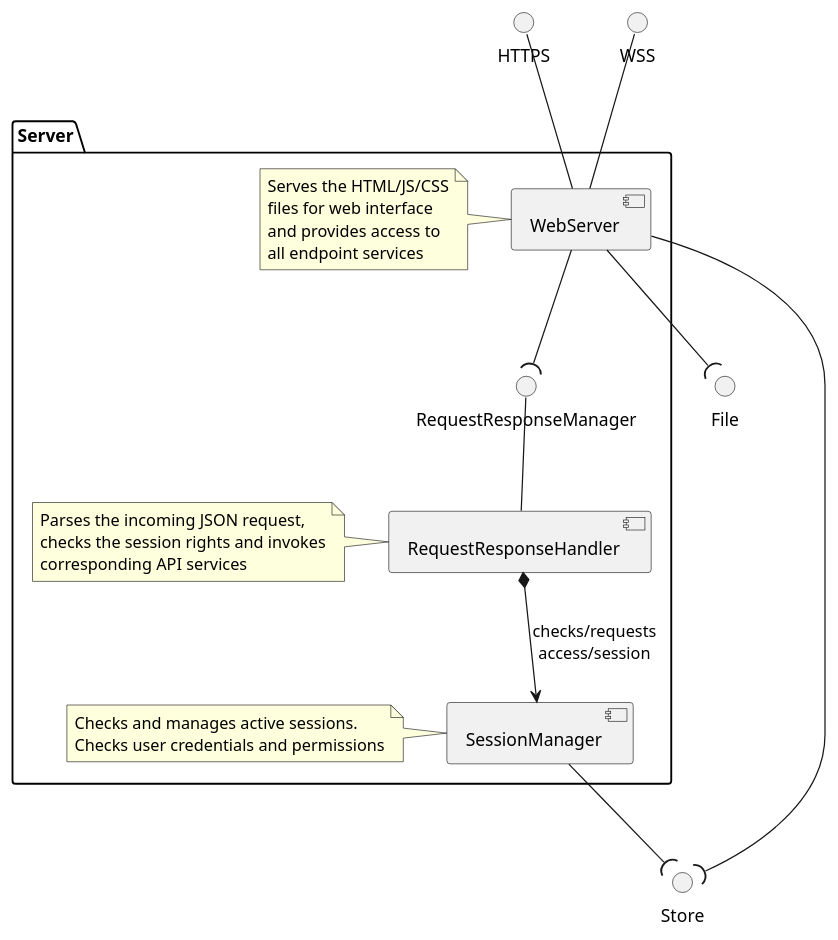
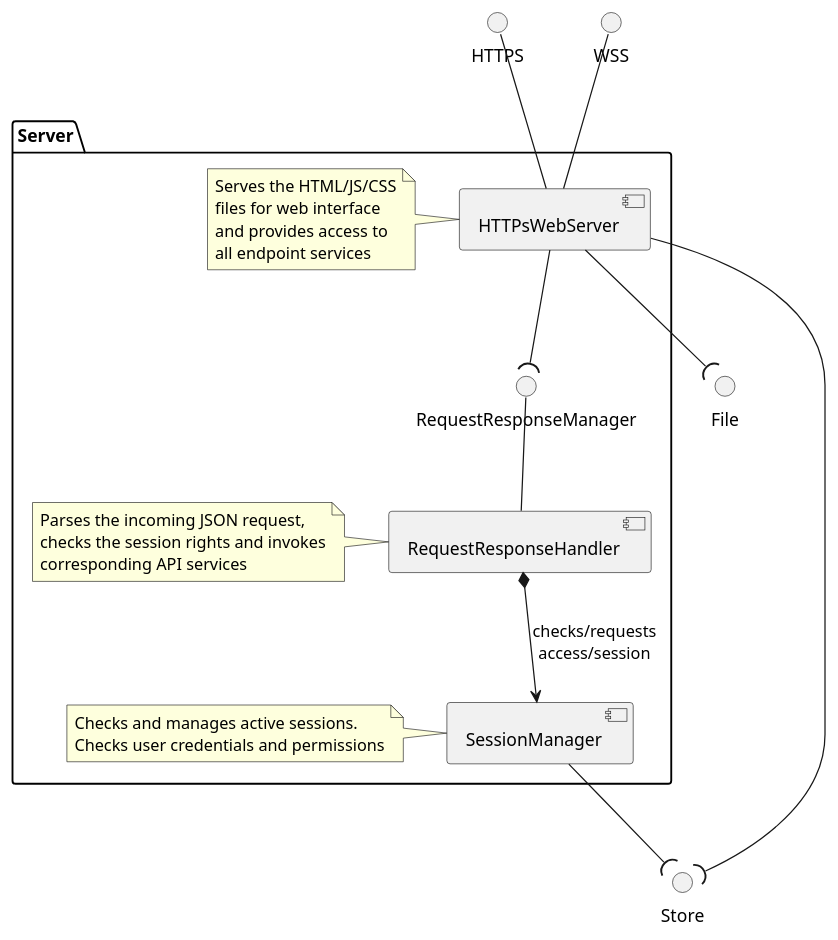
The diagram in doc/architecture/server/04_Server.plantuml (NewTec-GmbH/ZumoComSystem), drawn with PlantUML before and after one commit. The commit also changed 9 other files, not shown here.

Commit message:
refactor(server): Update design diagrams #65

```diff
--- a/doc/architecture/server/04_Server.plantuml
+++ b/doc/architecture/server/04_Server.plantuml
@@ -1,33 +1,33 @@
 @startuml
 interface "WSS" as WSS
 interface "HTTPS" as HTTPS
 
 interface "File" as File
 interface "Store" as Store
 
 package Server {
-    component "WebServer" as webserver
+    component "HTTPsWebServer" as webserver
 
     note left of webserver : Serves the HTML/JS/CSS\nfiles for web interface\nand provides access to\nall endpoint services
 
     webserver -up- WSS
     webserver -up- HTTPS
 
     webserver -down-(File
     webserver -down-(Store
 
     component "SessionManager" as sessionsmgmt
     component "RequestResponseHandler" as requesthandler
 
     note left of sessionsmgmt : Checks and manages active sessions.\nChecks user credentials and permissions
     note left of requesthandler : Parses the incoming JSON request,\nchecks the session rights and invokes\ncorresponding API services
 
     interface "RequestResponseManager" as Request
     requesthandler -up- Request
 
     requesthandler *--> sessionsmgmt : checks/requests\naccess/session
 
     webserver -down-(Request
     sessionsmgmt -down-(Store
 }
 @enduml
```
